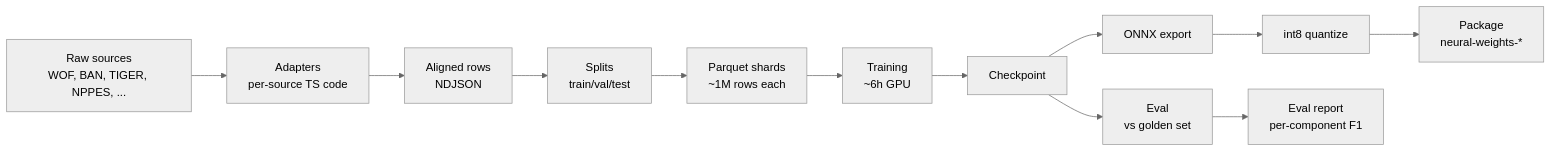
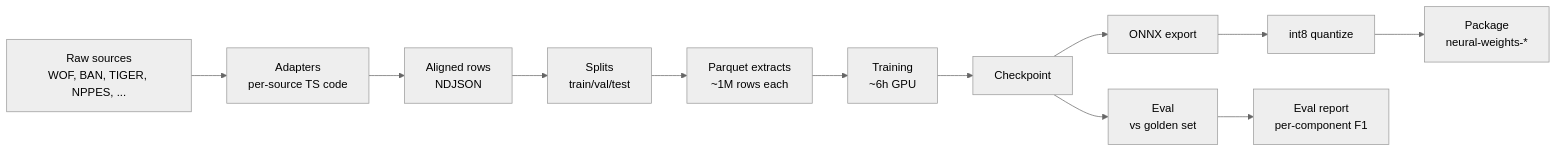
One commit to sister-software/mailwoman changed the diagram in docs/records/site-2026-08/concepts/training-pipeline.mdx. Above: the diagram before and after it, drawn with Mermaid (neutral theme). The commit also changed other lines of this file and 5709 other files, not shown here.

````diff
--- a/docs/records/site-2026-08/concepts/training-pipeline.mdx
+++ b/docs/records/site-2026-08/concepts/training-pipeline.mdx
@@ -17,14 +17,14 @@
 ```mermaid
 flowchart LR
     A[Raw sources<br>WOF, BAN, TIGER, NPPES, ...] --> B[Adapters<br>per-source TS code]
     B --> C[Aligned rows<br>NDJSON]
     C --> D[Splits<br>train/val/test]
-    D --> E[Parquet shards<br>~1M rows each]
+    D --> E[Parquet extracts<br>~1M rows each]
     E --> F[Training<br>~6h GPU]
     F --> G[Checkpoint]
     G --> H[Eval<br>vs golden set]
     G --> I[ONNX export]
     I --> J[int8 quantize]
     J --> K[Package<br>neural-weights-*]
     H --> L[Eval report<br>per-component F1]
 ```
````
